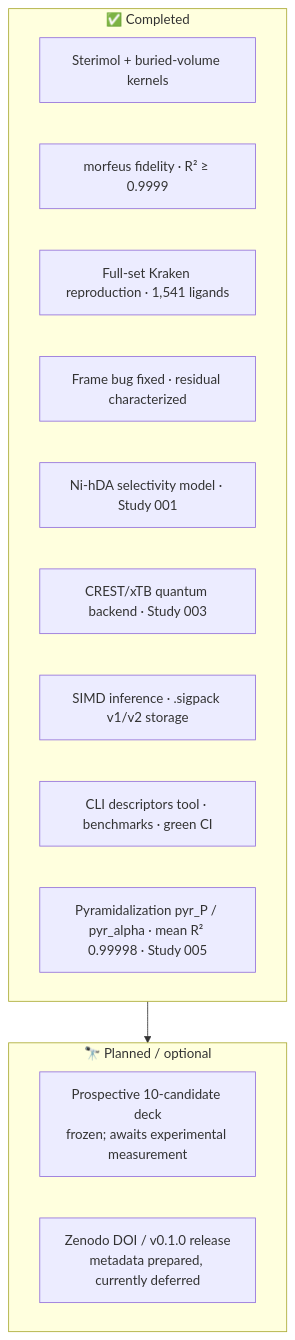
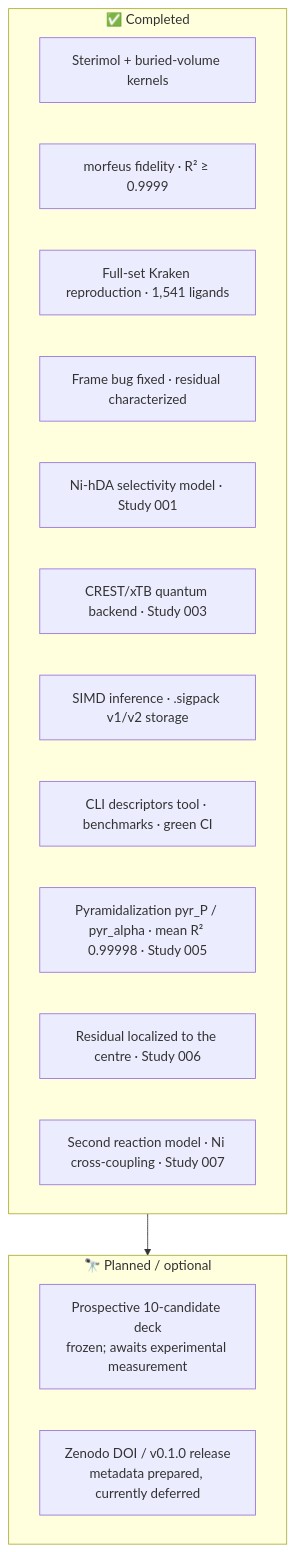
One commit to AndrejRumenovski/StericX changed the second of 2 diagrams in README.md. Above: the diagram before and after it, drawn with Mermaid. The commit also changed other lines of this file and 7 other files, not shown here.

First line of the commit message:
feat: Study 007 — independent second reaction model (Ni cross-coupling)

````diff
--- a/README.md
+++ b/README.md
@@ -584,19 +629,21 @@
 ```mermaid
 graph TD
     subgraph Done["✅ Completed"]
         D1[Sterimol + buried-volume kernels]
         D2[morfeus fidelity · R² ≥ 0.9999]
         D3[Full-set Kraken reproduction · 1,541 ligands]
         D4[Frame bug fixed · residual characterized]
         D5[Ni-hDA selectivity model · Study 001]
         D6[CREST/xTB quantum backend · Study 003]
         D7[SIMD inference · .sigpack v1/v2 storage]
         D8[CLI descriptors tool · benchmarks · green CI]
         D9[Pyramidalization pyr_P / pyr_alpha · mean R² 0.99998 · Study 005]
+        D10[Residual localized to the centre · Study 006]
+        D11[Second reaction model · Ni cross-coupling · Study 007]
     end
     subgraph Next["🔭 Planned / optional"]
         P1["Prospective 10-candidate deck<br/>frozen; awaits experimental measurement"]
         P2["Zenodo DOI / v0.1.0 release<br/>metadata prepared, currently deferred"]
     end
     Done --> Next
 ```
````
